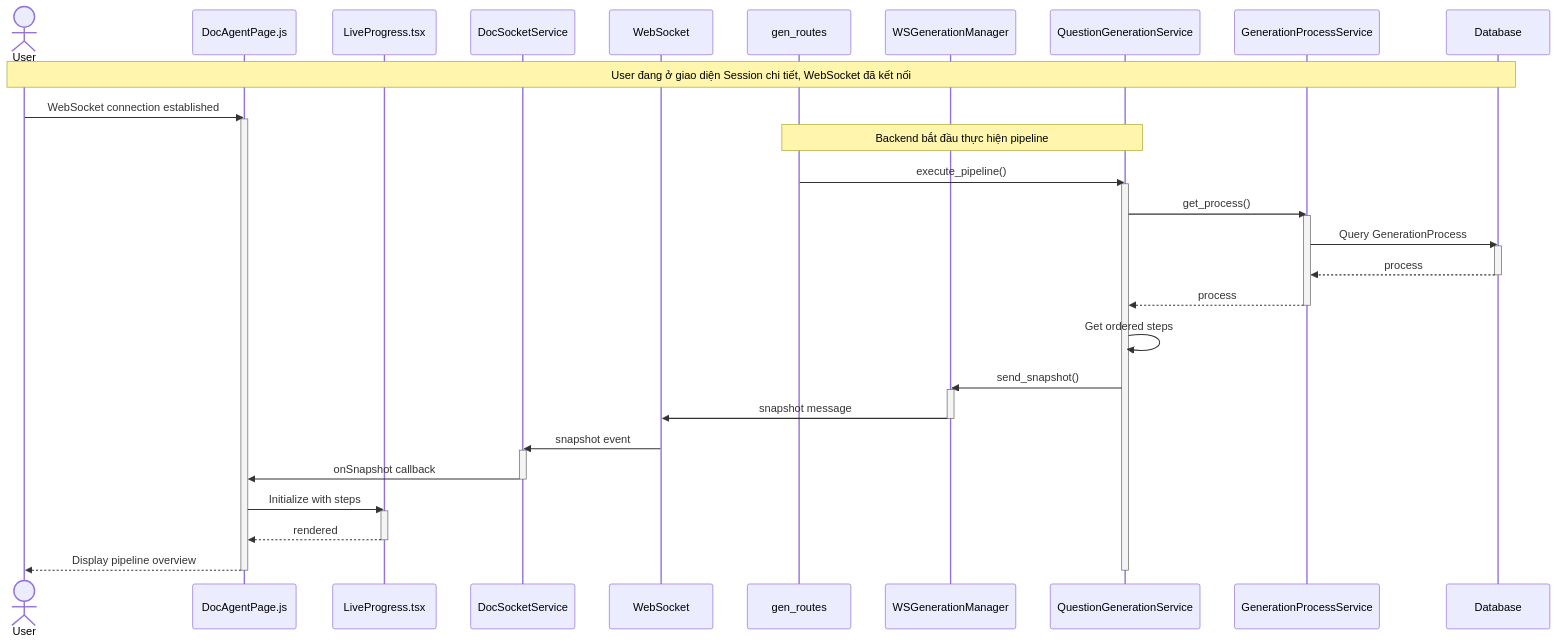
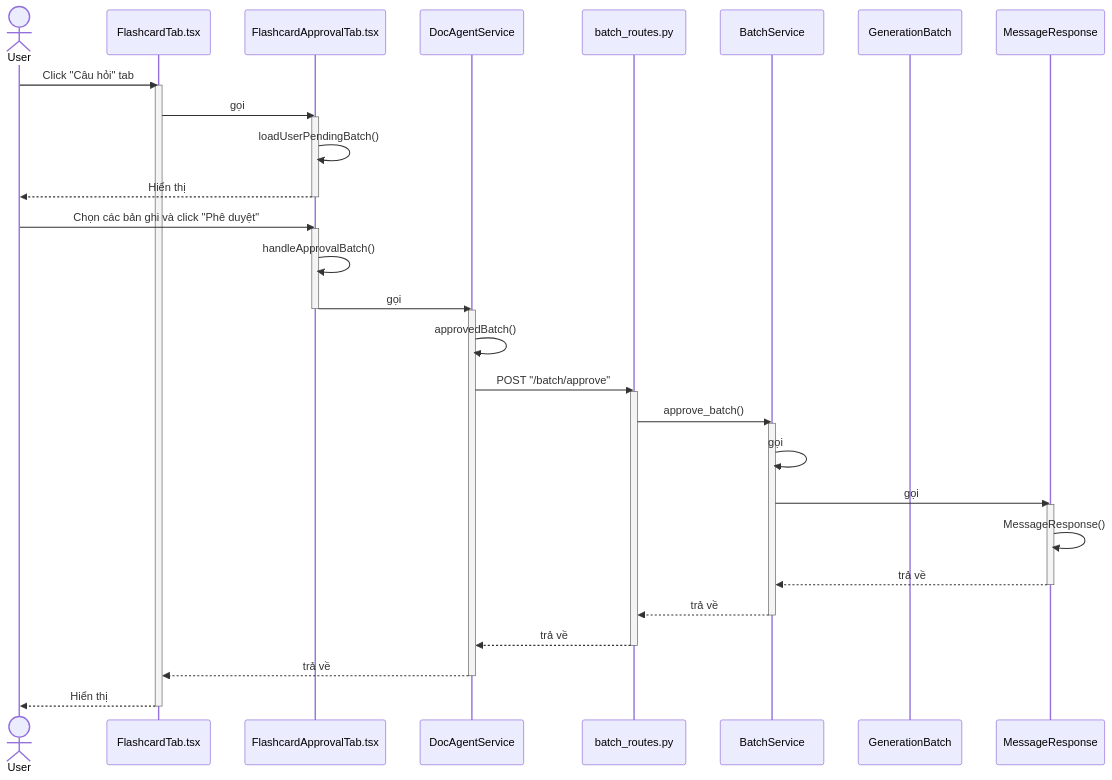
The second of 10 diagrams in generation/4_generation_batch_seq.md (mduc-2610/gp_doc), drawn with Mermaid before and after one commit. The commit also changed other lines of this file and 34 other files, not shown here.

````diff
--- a/generation/4_generation_batch_seq.md
+++ b/generation/4_generation_batch_seq.md
@@ -124,50 +82,56 @@
 ```mermaid
 sequenceDiagram
     actor User
-    participant DocAgentPage as DocAgentPage.js
-    participant LiveProgress as LiveProgress.tsx
-    participant DocSocketService as DocSocketService
-    participant WebSocket as WebSocket
-    participant GenRoutes as gen_routes
-    participant WSManager as WSGenerationManager
-    participant QuestionGenService as QuestionGenerationService
-    participant GenProcessService as GenerationProcessService
-    participant DB as Database
+    participant FlashcardTab as FlashcardTab.tsx
+    participant FlashcardApprovalTab as FlashcardApprovalTab.tsx
+    participant DocAgentService as DocAgentService
+    participant BatchRoutes as batch_routes.py
+    participant BatchService as BatchService
+    participant GenerationBatch as GenerationBatch
+    participant MessageResponse as MessageResponse
 
-    Note over User,DB: User đang ở giao diện Session chi tiết, WebSocket đã kết nối
+    User->>FlashcardTab: Click "Câu hỏi" tab
+    activate FlashcardTab
     
-    User->>DocAgentPage: WebSocket connection established
-    activate DocAgentPage
+    FlashcardTab->>FlashcardApprovalTab: gọi
+    activate FlashcardApprovalTab
     
-    Note over GenRoutes,QuestionGenService: Backend bắt đầu thực hiện pipeline
-    GenRoutes->>QuestionGenService: execute_pipeline()
-    activate QuestionGenService
-    QuestionGenService->>GenProcessService: get_process()
-    activate GenProcessService
-    GenProcessService->>DB: Query GenerationProcess
-    activate DB
-    DB-->>GenProcessService: process
-    deactivate DB
-    GenProcessService-->>QuestionGenService: process
-    deactivate GenProcessService
+    FlashcardApprovalTab->>FlashcardApprovalTab: loadUserPendingBatch()
+    FlashcardApprovalTab-->>User: Hiển thị
+    deactivate FlashcardApprovalTab
     
-    QuestionGenService->>QuestionGenService: Get ordered steps
-    QuestionGenService->>WSManager: send_snapshot()
-    activate WSManager
-    WSManager->>WebSocket: snapshot message
-    deactivate WSManager
+    User->>FlashcardApprovalTab: Chọn các bản ghi và click "Phê duyệt"
+    activate FlashcardApprovalTab
     
-    WebSocket->>DocSocketService: snapshot event
-    activate DocSocketService
-    DocSocketService->>DocAgentPage: onSnapshot callback
-    deactivate DocSocketService
+    FlashcardApprovalTab->>FlashcardApprovalTab: handleApprovalBatch()
+    FlashcardApprovalTab->>DocAgentService: gọi
+    deactivate FlashcardApprovalTab
+    activate DocAgentService
     
-    DocAgentPage->>LiveProgress: Initialize with steps
-    activate LiveProgress
-    LiveProgress-->>DocAgentPage: rendered
-    deactivate LiveProgress
+    DocAgentService->>DocAgentService: approvedBatch()
+    DocAgentService->>BatchRoutes: POST "/batch/approve"
+    activate BatchRoutes
     
-    DocAgentPage-->>User: Display pipeline overview
-    deactivate DocAgentPage
-    deactivate QuestionGenService
+    BatchRoutes->>BatchService: approve_batch()
+    activate BatchService
+    
+    BatchService->>BatchService: gọi
+    BatchService->>MessageResponse: gọi
+    activate MessageResponse
+    
+    MessageResponse->>MessageResponse: MessageResponse()
+    MessageResponse-->>BatchService: trả về
+    deactivate MessageResponse
+    
+    BatchService-->>BatchRoutes: trả về
+    deactivate BatchService
+    
+    BatchRoutes-->>DocAgentService: trả về
+    deactivate BatchRoutes
+    
+    DocAgentService-->>FlashcardTab: trả về
+    deactivate DocAgentService
+    
+    FlashcardTab-->>User: Hiển thị
+    deactivate FlashcardTab
 ```
````
